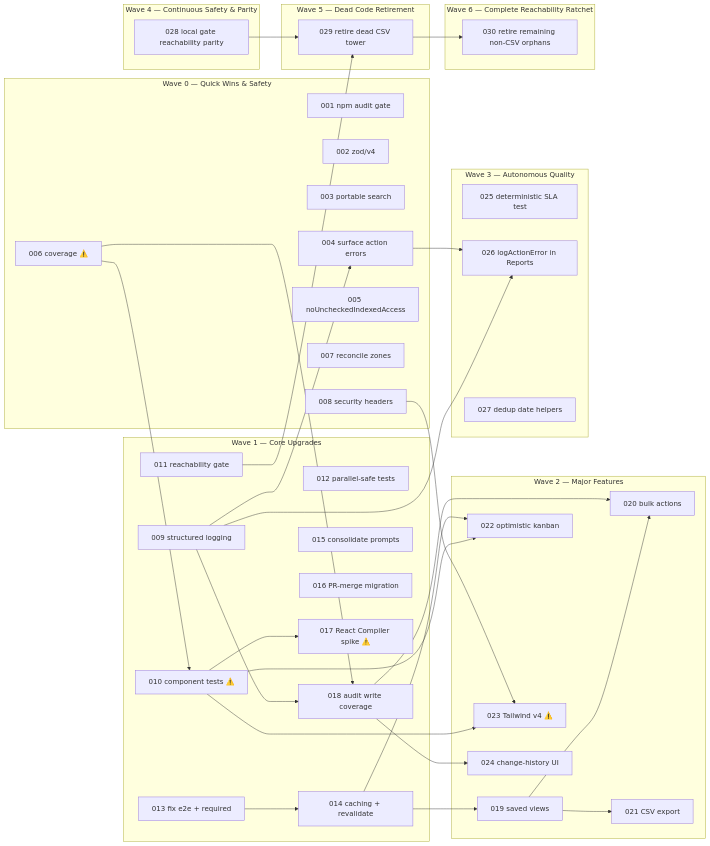
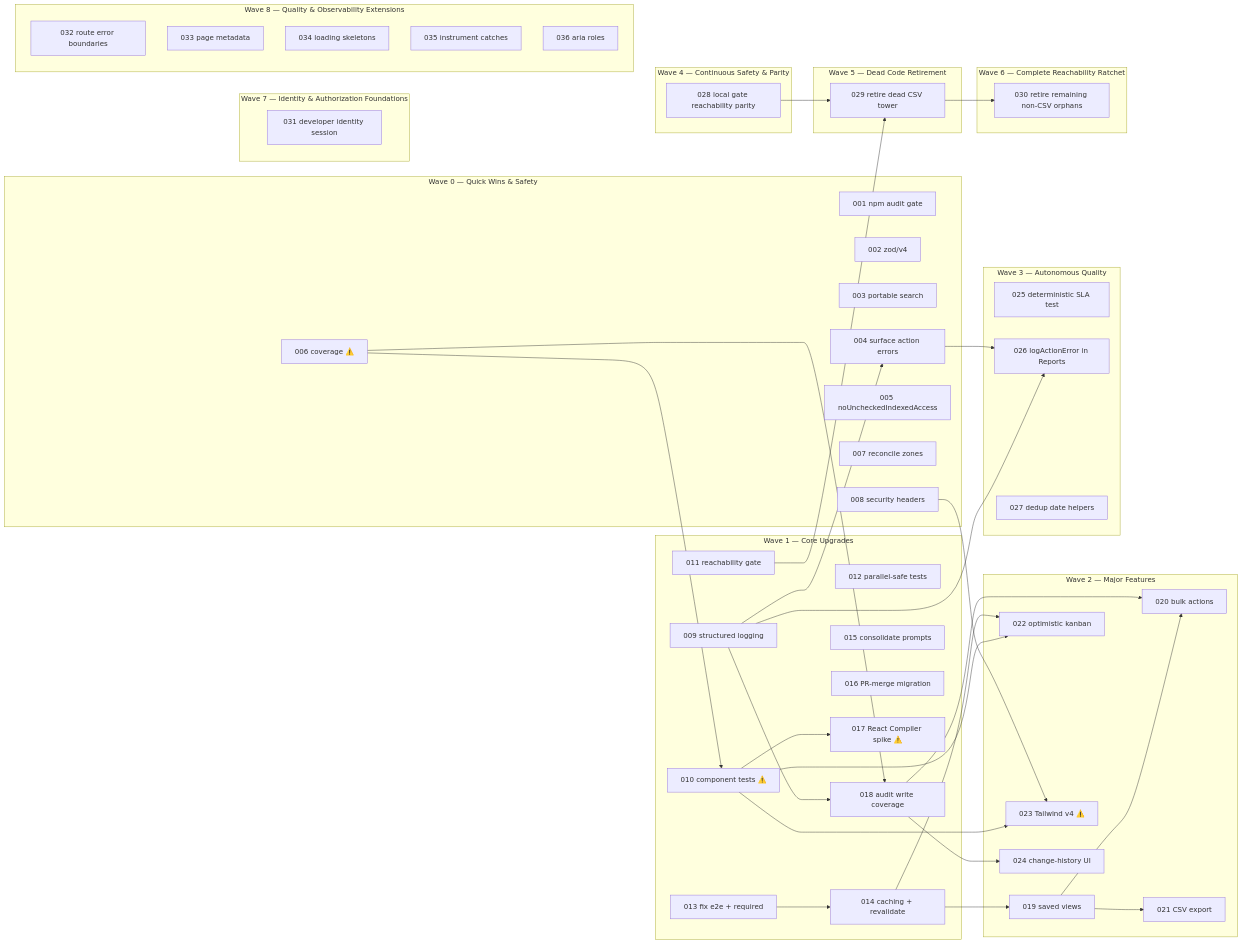
The diagram in plan/ROADMAP.md (michaelcrosato/salesforce-lite-crm), drawn with Mermaid before and after one commit. The commit also changed other lines of this file and 60 other files, not shown here.

First line of the commit message:
feat(auth): implement developer identity session switcher and mock harness (Spec 031) (#29)

````diff
--- a/plan/ROADMAP.md
+++ b/plan/ROADMAP.md
@@ -144,68 +169,78 @@
 ```mermaid
 graph LR
   subgraph P0["Wave 0 — Quick Wins & Safety"]
     S001["001 npm audit gate"]
     S002["002 zod/v4"]
     S003["003 portable search"]
     S004["004 surface action errors"]
     S005["005 noUncheckedIndexedAccess"]
     S006["006 coverage ⚠️"]
     S007["007 reconcile zones"]
     S008["008 security headers"]
   end
   subgraph P1["Wave 1 — Core Upgrades"]
     S009["009 structured logging"]
     S010["010 component tests ⚠️"]
     S011["011 reachability gate"]
     S012["012 parallel-safe tests"]
     S013["013 fix e2e + required"]
     S014["014 caching + revalidate"]
     S015["015 consolidate prompts"]
     S016["016 PR-merge migration"]
     S017["017 React Compiler spike ⚠️"]
     S018["018 audit write coverage"]
   end
   subgraph P2["Wave 2 — Major Features"]
     S019["019 saved views"]
     S020["020 bulk actions"]
     S021["021 CSV export"]
     S022["022 optimistic kanban"]
     S023["023 Tailwind v4 ⚠️"]
     S024["024 change-history UI"]
   end
   subgraph P3["Wave 3 — Autonomous Quality"]
     S025["025 deterministic SLA test"]
     S026["026 logActionError in Reports"]
     S027["027 dedup date helpers"]
   end
   subgraph P4["Wave 4 — Continuous Safety & Parity"]
     S028["028 local gate reachability parity"]
   end
   subgraph P5["Wave 5 — Dead Code Retirement"]
     S029["029 retire dead CSV tower"]
   end
   subgraph P6["Wave 6 — Complete Reachability Ratchet"]
     S030["030 retire remaining non-CSV orphans"]
   end
+  subgraph P7["Wave 7 — Identity & Authorization Foundations"]
+    S031["031 developer identity session"]
+  end
+  subgraph P8["Wave 8 — Quality & Observability Extensions"]
+    S032["032 route error boundaries"]
+    S033["033 page metadata"]
+    S034["034 loading skeletons"]
+    S035["035 instrument catches"]
+    S036["036 aria roles"]
+  end
 
   S009 --> S004
   S009 --> S018
   S006 --> S010
   S006 --> S018
   S013 --> S014
   S010 --> S017
   S010 --> S022
   S010 --> S023
   S008 --> S023
   S014 --> S019
   S014 --> S022
   S019 --> S020
   S019 --> S021
   S018 --> S020
   S018 --> S024
   S009 --> S026
   S004 --> S026
   S011 --> S029
   S028 --> S029
   S029 --> S030
 ```
````
